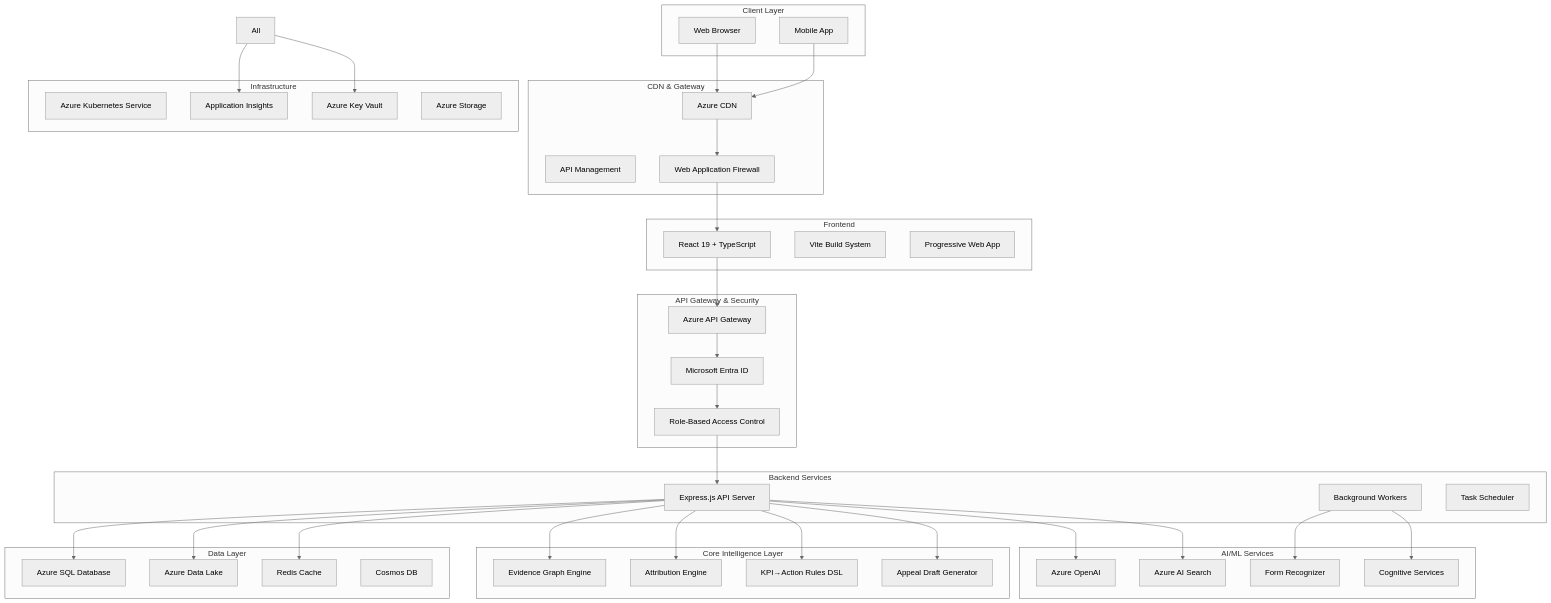
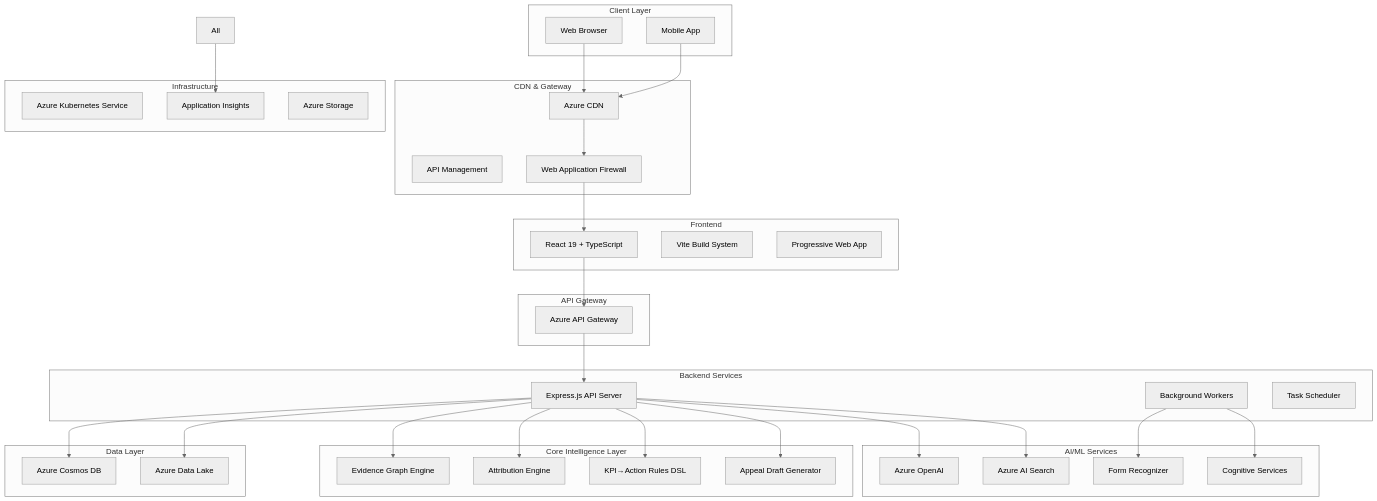
The diagram in docs/technical-architecture.md (shmindmaster/Billigent), drawn with Mermaid (neutral theme) before and after one commit. The commit also changed other lines of this file and 231 other files, not shown here.

````diff
--- a/docs/technical-architecture.md
+++ b/docs/technical-architecture.md
@@ -20,81 +20,72 @@
 ```mermaid
 graph TB
     subgraph "Client Layer"
         Web[Web Browser]
         Mobile[Mobile App]
     end
 
     subgraph "CDN & Gateway"
         CDN[Azure CDN]
         APIM[API Management]
         WAF[Web Application Firewall]
     end
 
     subgraph "Frontend"
         React[React 19 + TypeScript]
         Vite[Vite Build System]
         PWA[Progressive Web App]
     end
 
-    subgraph "API Gateway & Security"
+    subgraph "API Gateway"
         Gateway[Azure API Gateway]
-        Auth[Microsoft Entra ID]
-        RBAC[Role-Based Access Control]
     end
 
     subgraph "Backend Services"
         API[Express.js API Server]
         Worker[Background Workers]
         Scheduler[Task Scheduler]
     end
 
     subgraph "AI/ML Services"
         OpenAI[Azure OpenAI]
         Search[Azure AI Search]
         Form[Form Recognizer]
         Cognitive[Cognitive Services]
     end
 
     subgraph "Core Intelligence Layer"
         EvidenceGraph[Evidence Graph Engine]
         AttributionEngine[Attribution Engine]
         RulesDSL[KPI→Action Rules DSL]
         AppealGenerator[Appeal Draft Generator]
     end
 
     subgraph "Data Layer"
-        SQL[Azure SQL Database]
+        Cosmos[Azure Cosmos DB]
         DataLake[Azure Data Lake]
-        Cache[Redis Cache]
-        Cosmos[Cosmos DB]
     end
 
     subgraph "Infrastructure"
         AKS[Azure Kubernetes Service]
         Monitor[Application Insights]
-        KeyVault[Azure Key Vault]
         Storage[Azure Storage]
     end
 
     Web --> CDN
     Mobile --> CDN
     CDN --> WAF
     WAF --> React
     React --> Gateway
-    Gateway --> Auth
-    Auth --> RBAC
-    RBAC --> API
+    Gateway --> API
     API --> OpenAI
     API --> Search
     API --> EvidenceGraph
     API --> AttributionEngine
     API --> RulesDSL
     API --> AppealGenerator
-    API --> SQL
+    API --> Cosmos
     API --> DataLake
     Worker --> Form
     Worker --> Cognitive
-    API --> Cache
     All --> Monitor
-    All --> KeyVault
 ```
````
